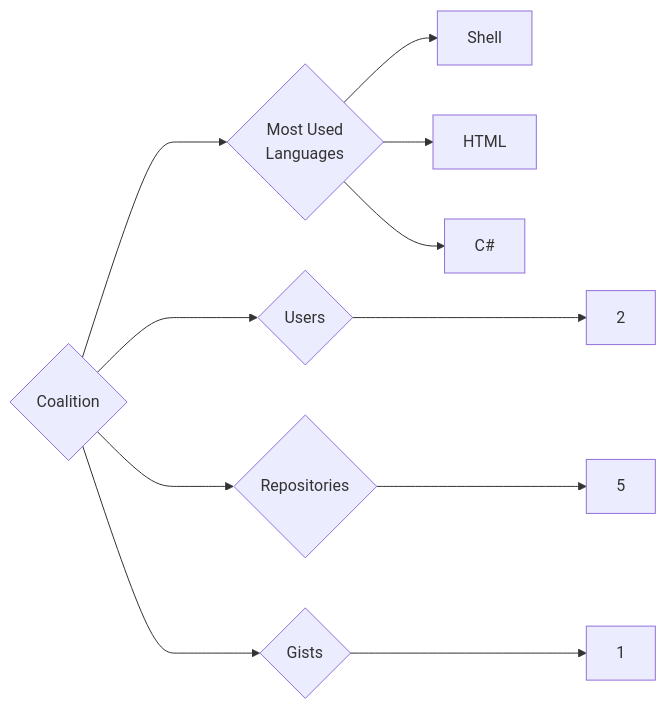
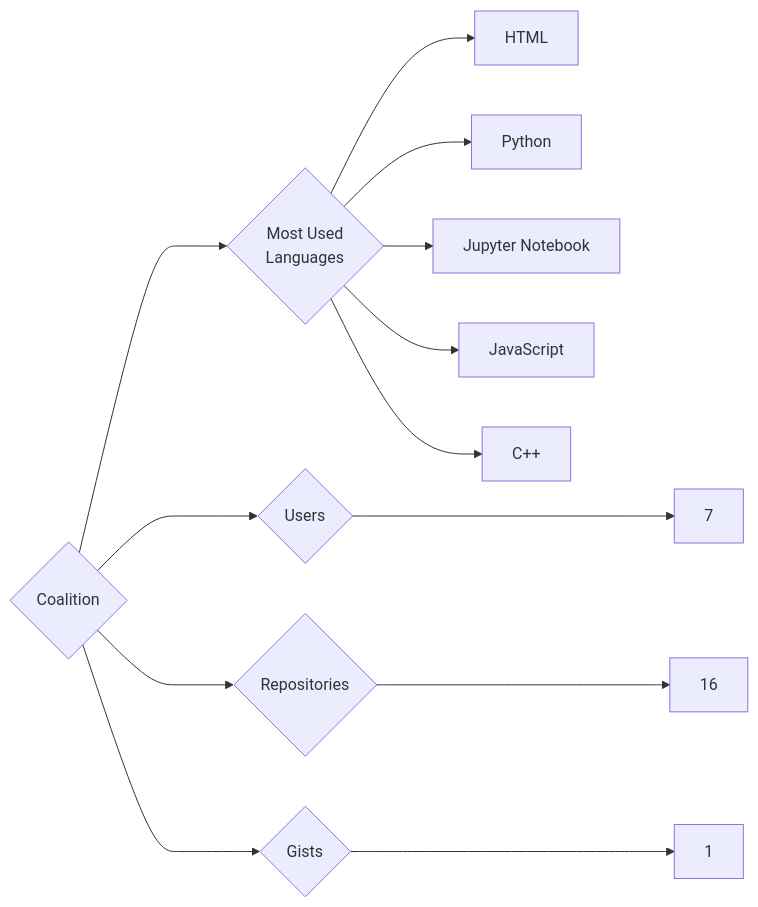
Before and after one commit to trickest/insiders: the diagram in targets/Coalition/README.md, drawn with Mermaid. The commit also changed 1123 other files, not shown here.

````diff
--- a/targets/Coalition/README.md
+++ b/targets/Coalition/README.md
@@ -3,11 +3,13 @@
 ```mermaid
 graph LR
 COMPANY_NAME{Coalition}
-COMPANY_NAME ---> U{Users} ---> UN[2]
-COMPANY_NAME ---> R{Repositories} ---> RN[5]
+COMPANY_NAME ---> U{Users} ---> UN[7]
+COMPANY_NAME ---> R{Repositories} ---> RN[16]
 COMPANY_NAME ---> G{Gists} ---> GN[1]
 COMPANY_NAME ---> ML{Most Used<br>Languages}
-ML --> Shell[Shell]
 ML --> HTML[HTML]
-ML --> C#[C#]
+ML --> Python[Python]
+ML --> Jupyter_Notebook[Jupyter Notebook]
+ML --> JavaScript[JavaScript]
+ML --> C++[C++]
 ```
````
